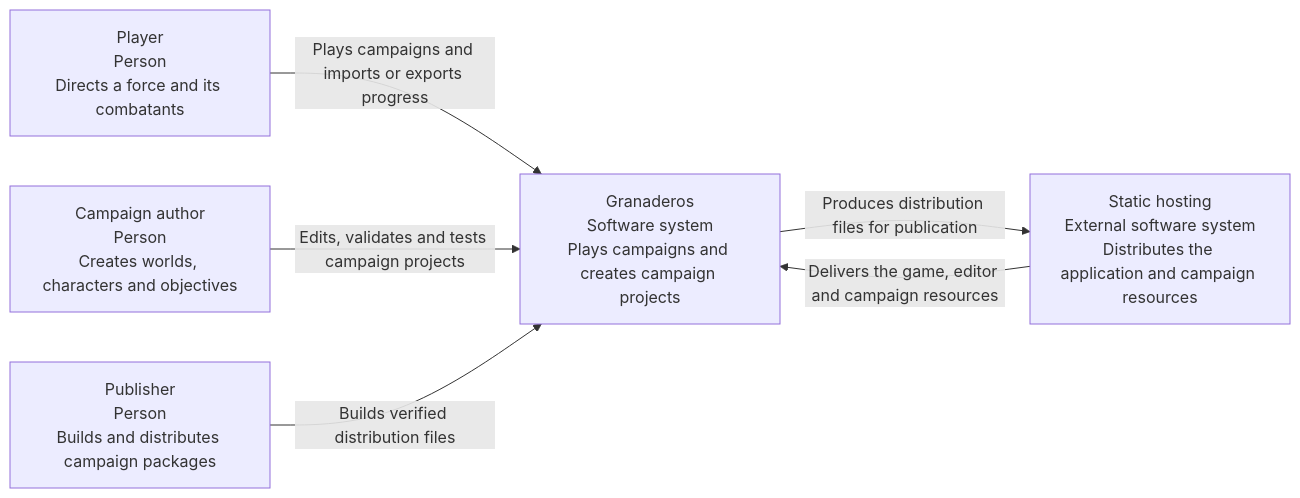
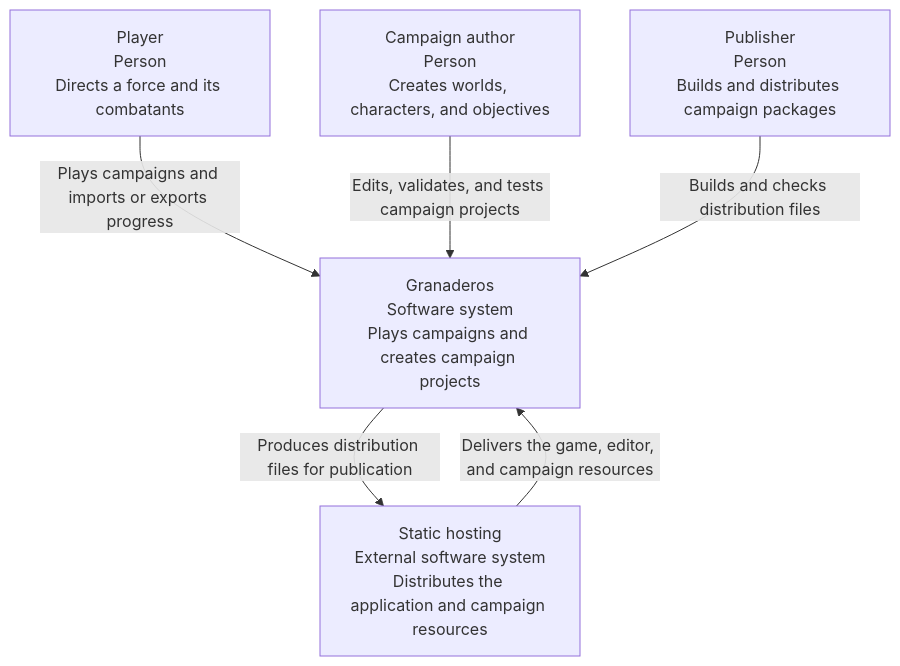
The first of 4 diagrams in docs/architecture/c4.md (fsodano/granaderos), drawn with Mermaid before and after one commit. The commit also changed other lines of this file and 1182 other files, not shown here.

````diff
--- a/docs/architecture/c4.md
+++ b/docs/architecture/c4.md
@@ -21,13 +15,13 @@
 ```mermaid
-flowchart LR
+flowchart TB
   Player["Player<br/>Person<br/>Directs a force and its combatants"]
-  Author["Campaign author<br/>Person<br/>Creates worlds, characters and objectives"]
+  Author["Campaign author<br/>Person<br/>Creates worlds, characters, and objectives"]
   Publisher["Publisher<br/>Person<br/>Builds and distributes campaign packages"]
   Granaderos["Granaderos<br/>Software system<br/>Plays campaigns and creates campaign projects"]
   Hosting["Static hosting<br/>External software system<br/>Distributes the application and campaign resources"]
   Player -->|Plays campaigns and imports or exports progress| Granaderos
-  Author -->|Edits, validates and tests campaign projects| Granaderos
-  Publisher -->|Builds verified distribution files| Granaderos
+  Author -->|Edits, validates, and tests campaign projects| Granaderos
+  Publisher -->|Builds and checks distribution files| Granaderos
   Granaderos -->|Produces distribution files for publication| Hosting
-  Hosting -->|Delivers the game, editor and campaign resources| Granaderos
+  Hosting -->|Delivers the game, editor, and campaign resources| Granaderos
 ```
````
